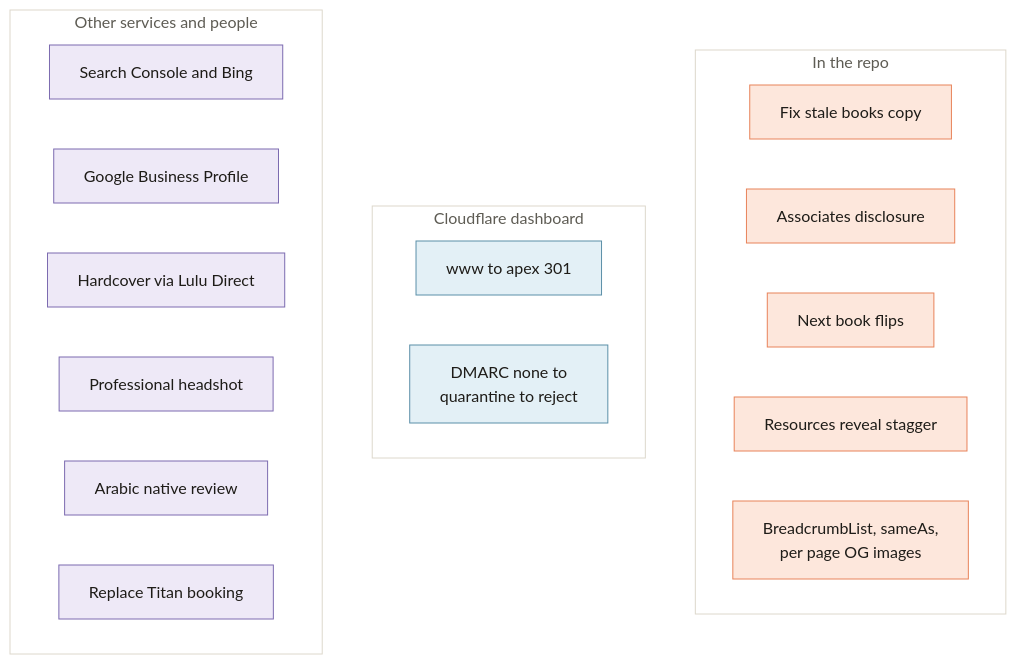
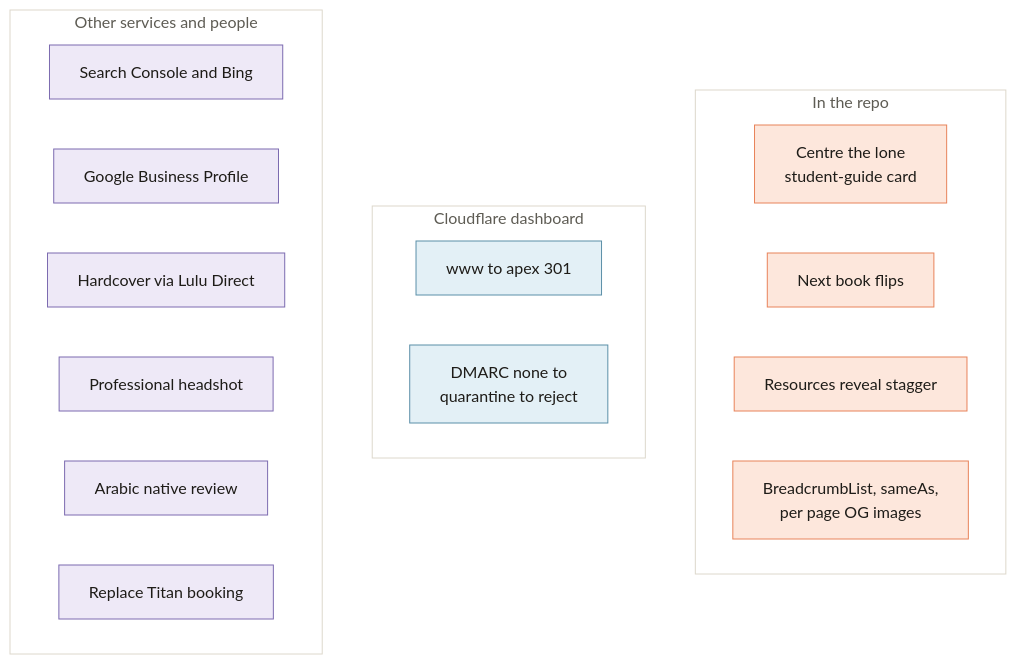
The diagram in docs/wiki/Roadmap.md (vijaybpanangi/ezziclarity), drawn with Mermaid (neutral theme) before and after one commit. The commit also changed other lines of this file and 29 other files, not shown here.

First line of the commit message:
Bring the books copy up to date and add the Amazon Associates disclosure

````diff
--- a/docs/wiki/Roadmap.md
+++ b/docs/wiki/Roadmap.md
@@ -8,30 +8,29 @@
 ```mermaid
 flowchart TB
     subgraph Repo[In the repo]
-      R1[Fix stale books copy]:::ours
-      R2[Associates disclosure]:::ours
+      R1[Centre the lone<br/>student-guide card]:::ours
       R3[Next book flips]:::ours
       R4[Resources reveal stagger]:::ours
       R5[BreadcrumbList, sameAs,<br/>per page OG images]:::ours
     end
     subgraph CF[Cloudflare dashboard]
       C1[www to apex 301]:::cloudflare
       C2[DMARC none to<br/>quarantine to reject]:::cloudflare
     end
     subgraph Off[Other services and people]
       O1[Search Console and Bing]:::thirdparty
       O2[Google Business Profile]:::thirdparty
       O3[Hardcover via Lulu Direct]:::thirdparty
       O4[Professional headshot]:::thirdparty
       O5[Arabic native review]:::thirdparty
       O6[Replace Titan booking]:::thirdparty
     end
 
     style Repo fill:#FFFFFF,stroke:#DDD8CC,color:#5e5c54
     style CF fill:#FFFFFF,stroke:#DDD8CC,color:#5e5c54
     style Off fill:#FFFFFF,stroke:#DDD8CC,color:#5e5c54
 
     classDef ours fill:#FDE7DC,stroke:#E8835A,color:#1e1c18
     classDef cloudflare fill:#E3F0F6,stroke:#5B8FA8,color:#1e1c18
     classDef thirdparty fill:#EEE9F7,stroke:#7C6BB0,color:#1e1c18
 ```
````
